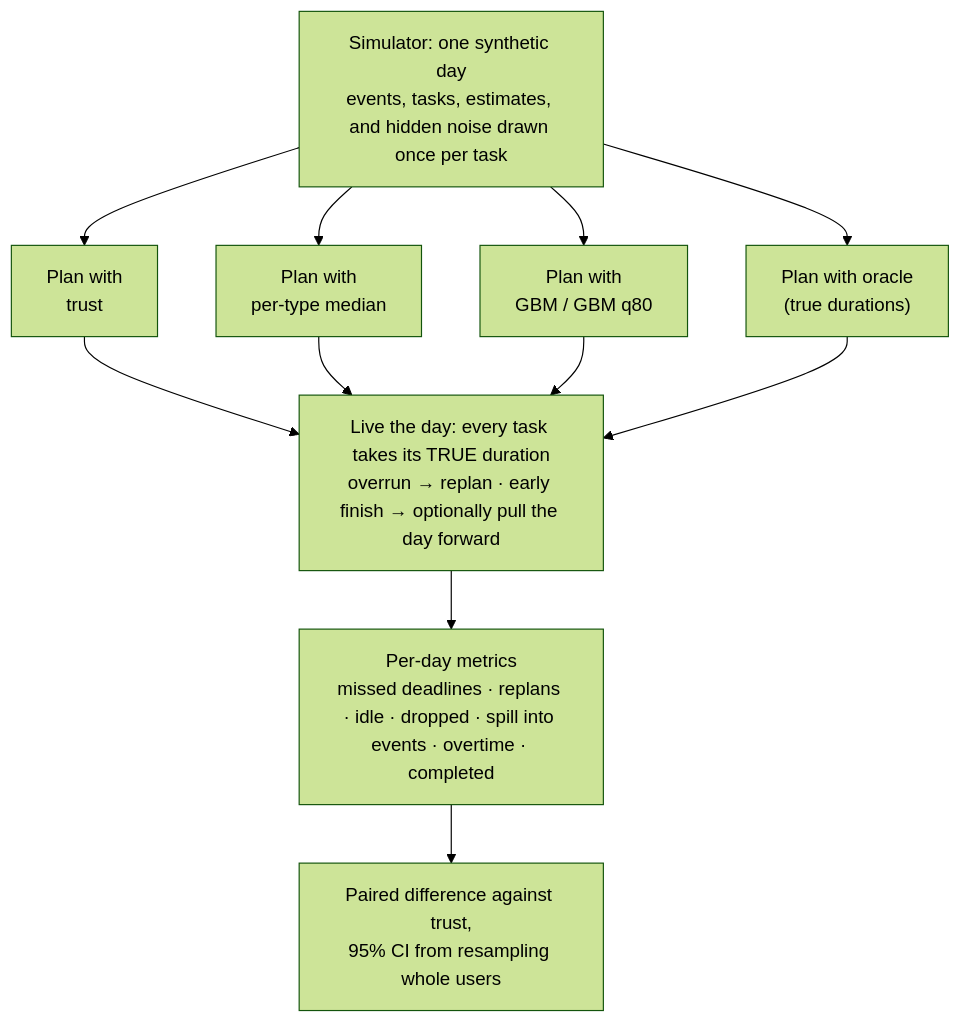
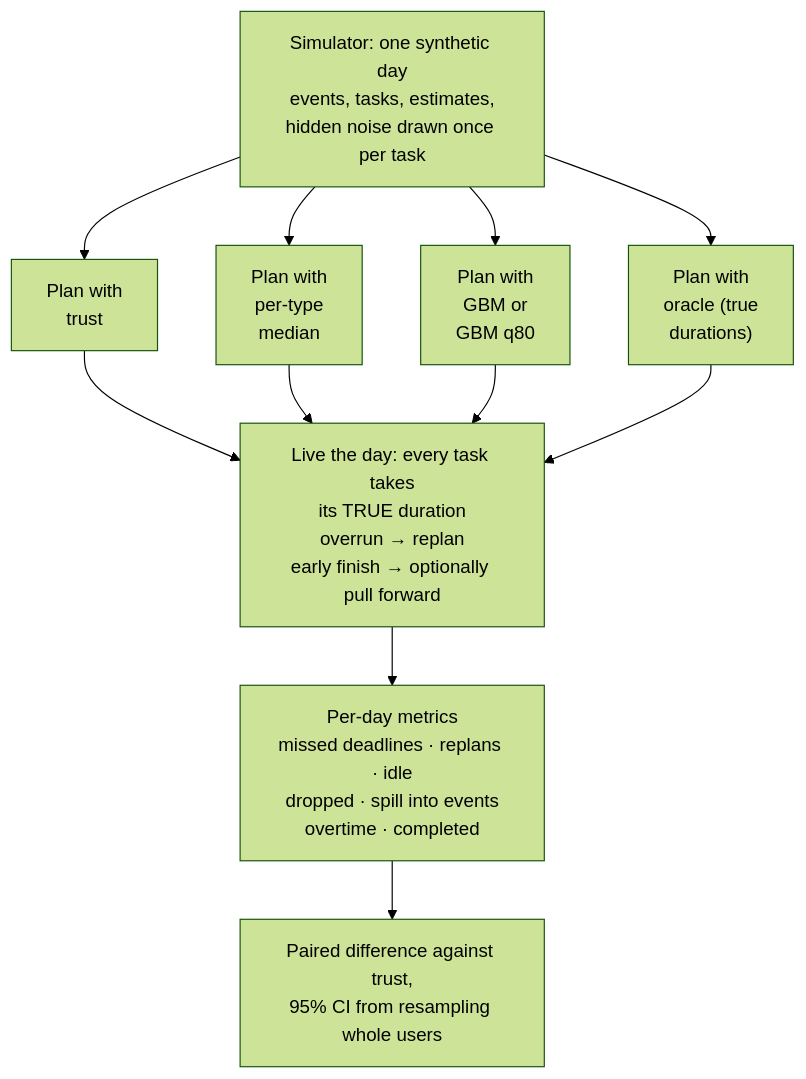
One commit to asim-aa/flowday changed the fifth of 5 diagrams in README.md. Above: the diagram before and after it, drawn with Mermaid (forest theme). The commit also changed other lines of this file, not shown here.

Commit message:
README: how to put it online for free; shorter evaluation diagram

````diff
--- a/README.md
+++ b/README.md
@@ -496,14 +515,14 @@
 ```mermaid
 flowchart TB
-    G["Simulator: one synthetic day<br/>events, tasks, estimates, and hidden noise drawn once per task"]
+    G["Simulator: one synthetic day<br/>events, tasks, estimates,<br/>hidden noise drawn once per task"]
     P1["Plan with<br/>trust"]
-    P2["Plan with<br/>per-type median"]
-    P3["Plan with<br/>GBM / GBM q80"]
-    P4["Plan with oracle<br/>(true durations)"]
-    X["Live the day: every task takes its TRUE duration<br/>overrun → replan · early finish → optionally pull the day forward"]
-    M["Per-day metrics<br/>missed deadlines · replans · idle · dropped · spill into events · overtime · completed"]
+    P2["Plan with<br/>per-type<br/>median"]
+    P3["Plan with<br/>GBM or<br/>GBM q80"]
+    P4["Plan with<br/>oracle (true<br/>durations)"]
+    X["Live the day: every task takes<br/>its TRUE duration<br/>overrun → replan<br/>early finish → optionally pull forward"]
+    M["Per-day metrics<br/>missed deadlines · replans · idle<br/>dropped · spill into events<br/>overtime · completed"]
     C["Paired difference against trust,<br/>95% CI from resampling whole users"]
     G --> P1 & P2 & P3 & P4
     P1 & P2 & P3 & P4 --> X
     X --> M --> C
 ```
````
